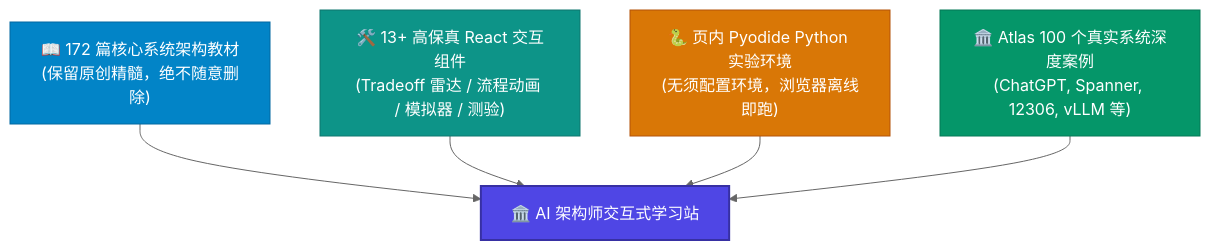
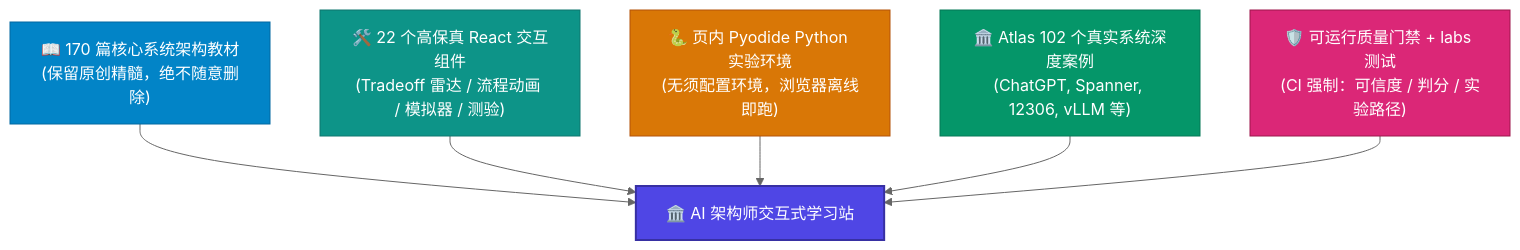
The first of 3 diagrams in README.md (koosai/AI-Architect-Learning), drawn with Mermaid (neutral theme) before and after one commit. The commit also changed other lines of this file, not shown here.

````diff
--- a/README.md
+++ b/README.md
@@ -28,13 +40,15 @@
 ```mermaid
 graph TD
-    A["📖 172 篇核心系统架构教材<br/>(保留原创精髓，绝不随意删除)"] --> D["🏛️ AI 架构师交互式学习站"]
-    B["🛠️ 13+ 高保真 React 交互组件<br/>(Tradeoff 雷达 / 流程动画 / 模拟器 / 测验)"] --> D
+    A["📖 170 篇核心系统架构教材<br/>(保留原创精髓，绝不随意删除)"] --> D["🏛️ AI 架构师交互式学习站"]
+    B["🛠️ 22 个高保真 React 交互组件<br/>(Tradeoff 雷达 / 流程动画 / 模拟器 / 测验)"] --> D
     C["🐍 页内 Pyodide Python 实验环境<br/>(无须配置环境，浏览器离线即跑)"] --> D
-    E["🏛️ Atlas 100 个真实系统深度案例<br/>(ChatGPT, Spanner, 12306, vLLM 等)"] --> D
+    E["🏛️ Atlas 102 个真实系统深度案例<br/>(ChatGPT, Spanner, 12306, vLLM 等)"] --> D
+    F["🛡️ 可运行质量门禁 + labs 测试<br/>(CI 强制：可信度 / 判分 / 实验路径)"] --> D
 
     style D fill:#4f46e5,stroke:#3730a3,color:#fff,stroke-width:2px
     style A fill:#0284c7,stroke:#0369a1,color:#fff
     style B fill:#0d9488,stroke:#0f766e,color:#fff
     style C fill:#d97706,stroke:#b45309,color:#fff
     style E fill:#059669,stroke:#047857,color:#fff
+    style F fill:#db2777,stroke:#9d174d,color:#fff
 ```
````
